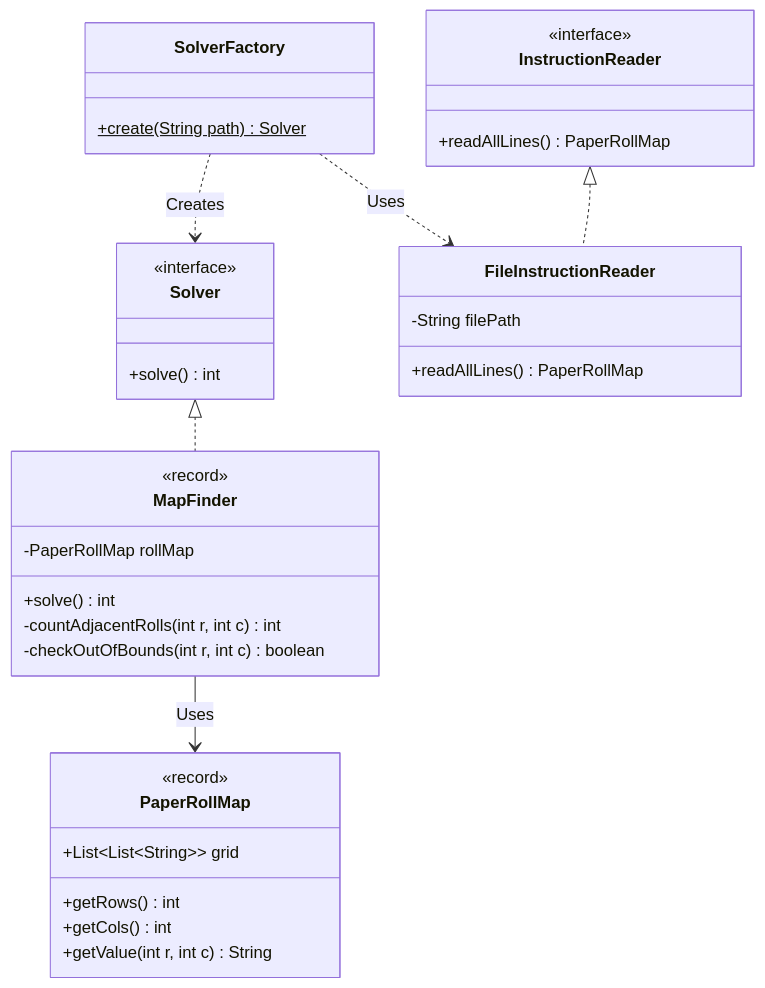
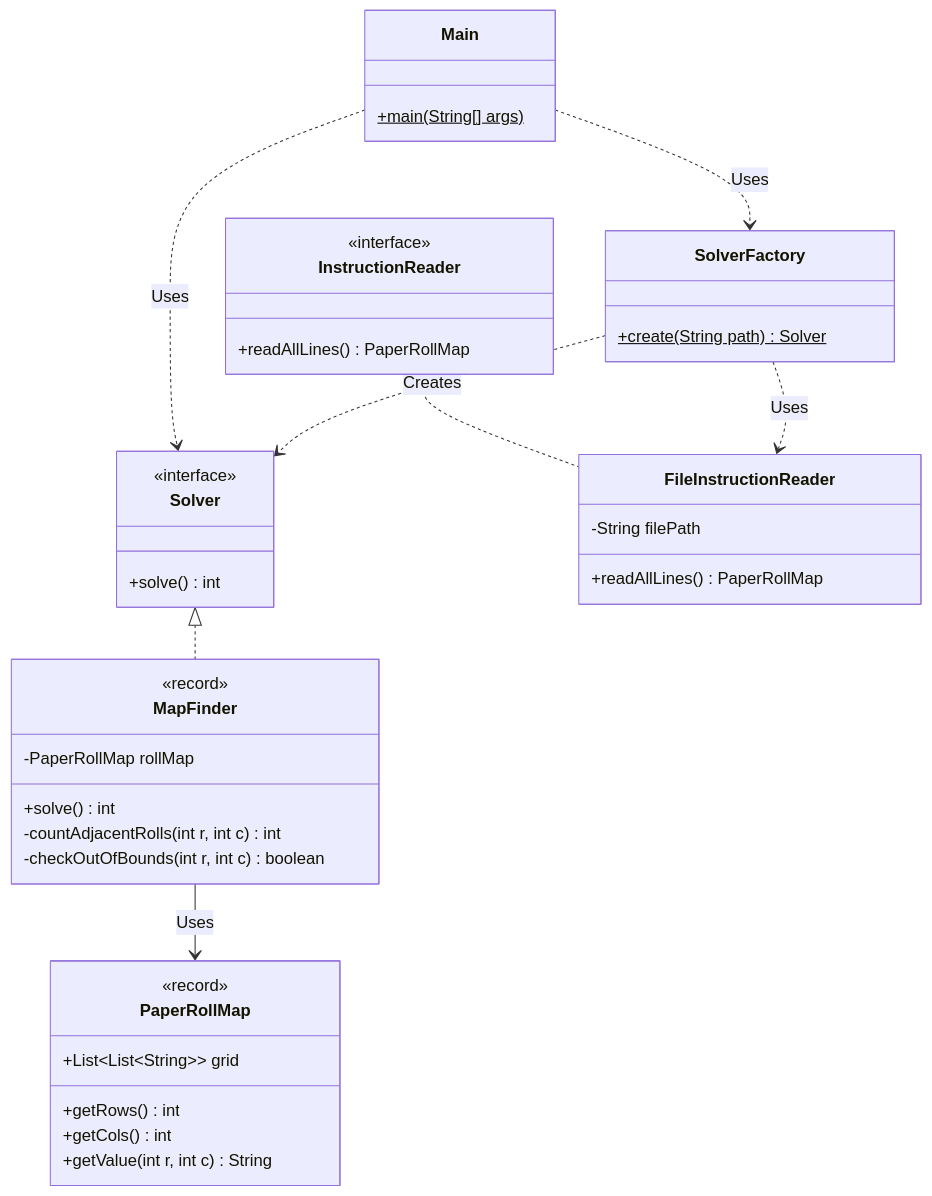
One commit to Carlossr2401/AdventOfCode4-2025 changed the first of 2 diagrams in README.md. Above: the diagram before and after it, drawn with Mermaid. The commit also changed other lines of this file, not shown here.

Commit message:
Main added to the diagrams

````diff
--- a/README.md
+++ b/README.md
@@ -27,38 +27,43 @@
 ```mermaid
 classDiagram
+    class MainA["Main"] {
+        +main(String[] args)$
+    }
     class SolverA["Solver"] {
         <<interface>>
         +solve() int
     }
     class InstructionReaderA["InstructionReader"] {
         <<interface>>
         +readAllLines() PaperRollMap
     }
     class FileInstructionReaderA["FileInstructionReader"] {
         -String filePath
         +readAllLines() PaperRollMap
     }
     class MapFinderA["MapFinder"] {
         <<record>>
         -PaperRollMap rollMap
         +solve() int
         -countAdjacentRolls(int r, int c) int
         -checkOutOfBounds(int r, int c) boolean
     }
     class SolverFactoryA["SolverFactory"] {
         +create(String path)$ Solver
     }
     class PaperRollMapA["PaperRollMap"] {
         <<record>>
         +List~List~String~~ grid
         +getRows() int
         +getCols() int
         +getValue(int r, int c) String
     }
 
+    MainA ..> SolverFactoryA : Uses
+    MainA ..> SolverA : Uses
     SolverA <|.. MapFinderA
     InstructionReaderA <|.. FileInstructionReaderA
     SolverFactoryA ..> SolverA : Creates
     SolverFactoryA ..> FileInstructionReaderA : Uses
     MapFinderA --> PaperRollMapA : Uses
 ```
````
